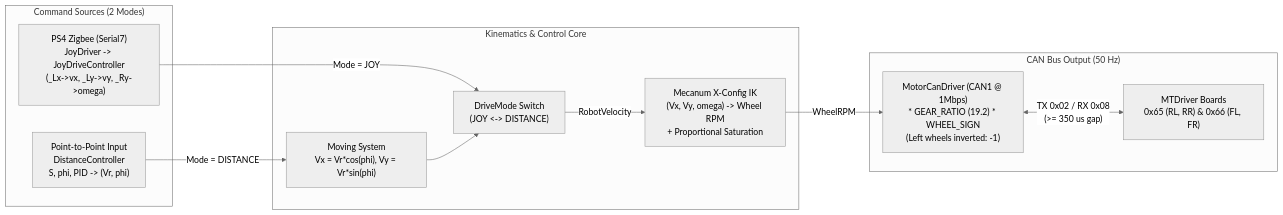
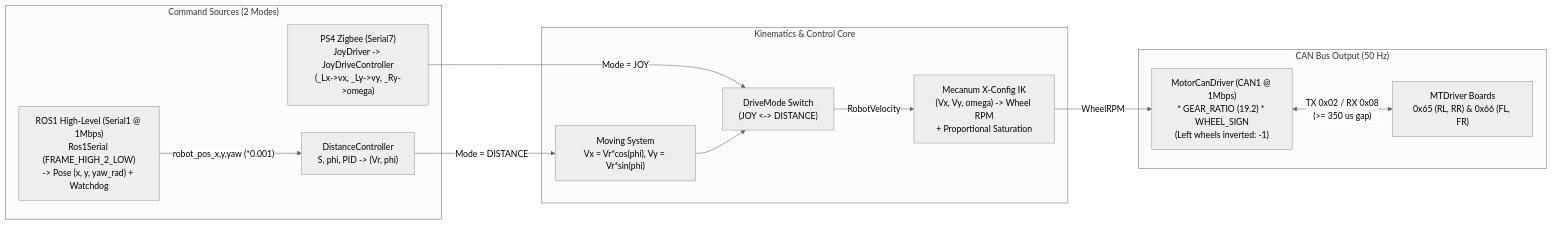
One commit to Tanason2551/Lowlevel-Auto changed the diagram in README.md. Above: the diagram before and after it, drawn with Mermaid (neutral theme). The commit also changed other lines of this file and 10 other files, not shown here.

````diff
--- a/README.md
+++ b/README.md
@@ -24,25 +24,27 @@
 ```mermaid
 flowchart LR
     subgraph Inputs["Command Sources (2 Modes)"]
         Joy["PS4 Zigbee (Serial7)\nJoyDriver -> JoyDriveController\n(_Lx->vx, _Ly->vy, _Ry->omega)"]
-        Dist["Point-to-Point Input\nDistanceController\nS, phi, PID -> (Vr, phi)"]
+        ROS["ROS1 High-Level (Serial1 @ 1Mbps)\nRos1Serial (FRAME_HIGH_2_LOW)\n-> Pose (x, y, yaw_rad) + Watchdog"]
+        Dist["DistanceController\nS, phi, PID -> (Vr, phi)"]
     end
 
     subgraph Core["Kinematics & Control Core"]
         Mux["DriveMode Switch\n(JOY <-> DISTANCE)"]
         MoveSys["Moving System\nVx = Vr*cos(phi), Vy = Vr*sin(phi)"]
         IK["Mecanum X-Config IK\n(Vx, Vy, omega) -> Wheel RPM\n+ Proportional Saturation"]
     end
 
     subgraph Actuation["CAN Bus Output (50 Hz)"]
         CanDrv["MotorCanDriver (CAN1 @ 1Mbps)\n* GEAR_RATIO (19.2) * WHEEL_SIGN\n(Left wheels inverted: -1)"]
         MT["MTDriver Boards\n0x65 (RL, RR) & 0x66 (FL, FR)"]
     end
 
     Joy -->|"Mode = JOY"| Mux
+    ROS -->|"robot_pos_x,y,yaw (*0.001)"| Dist
     Dist -->|"Mode = DISTANCE"| MoveSys
     MoveSys --> Mux
     Mux -->|"RobotVelocity"| IK
     IK -->|"WheelRPM"| CanDrv
     CanDrv <-->|"TX 0x02 / RX 0x08\n(>= 350 us gap)"| MT
 ```
````
